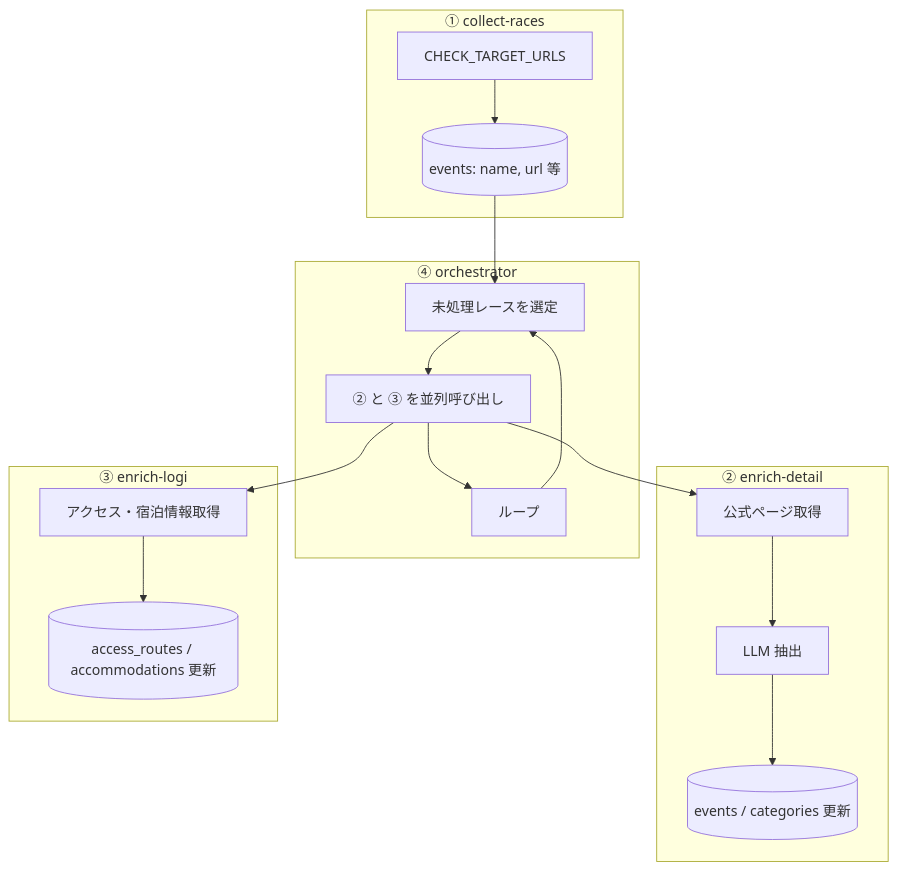
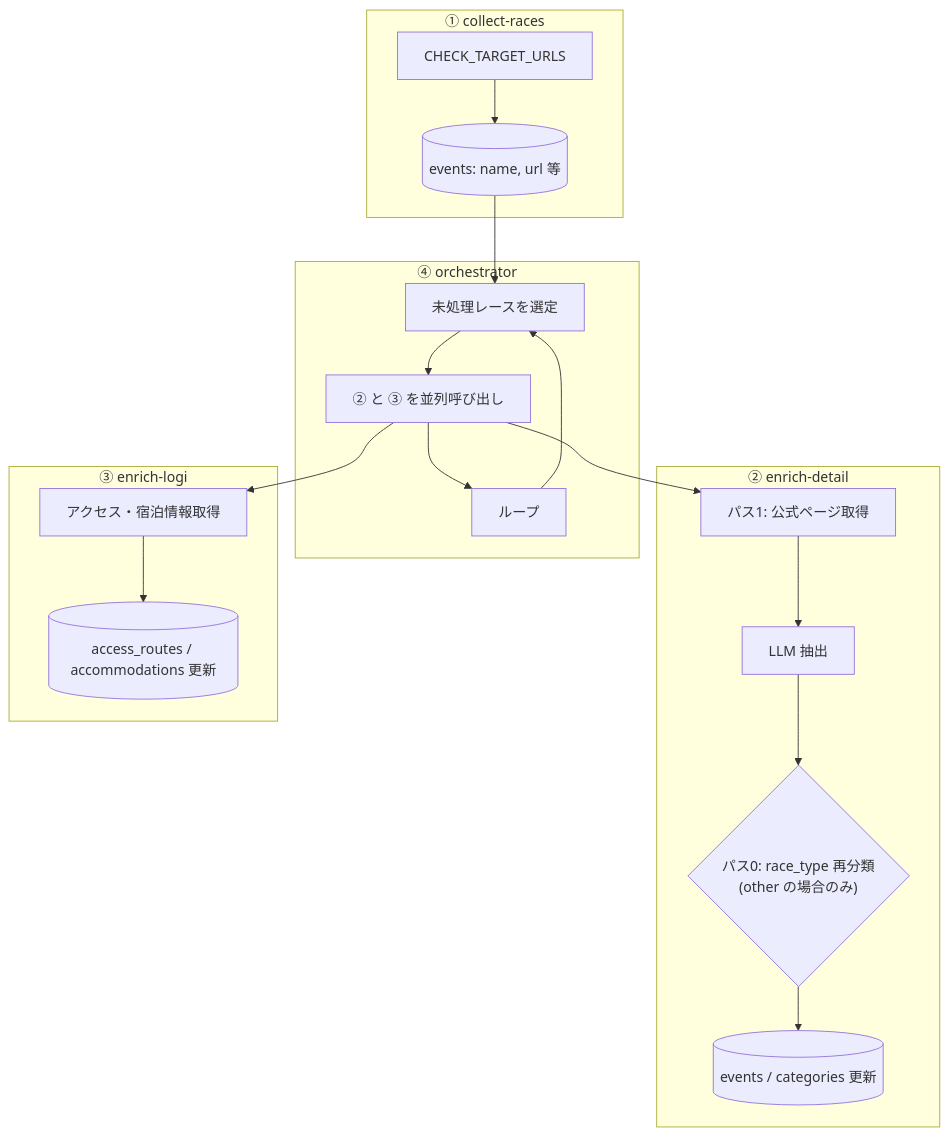
One commit to bokuno-studio/YabaiTravel changed the diagram in docs/SPEC_BACKEND_FLOW.md. Above: the diagram before and after it, drawn with Mermaid. The commit also changed other lines of this file and 5 other files, not shown here.

````diff
--- a/docs/SPEC_BACKEND_FLOW.md
+++ b/docs/SPEC_BACKEND_FLOW.md
@@ -20,25 +21,27 @@
 ```mermaid
 flowchart TB
     subgraph S1["① collect-races"]
         S1_IN[CHECK_TARGET_URLS] --> S1_OUT[(events: name, url 等)]
     end
 
     subgraph S4["④ orchestrator"]
         S4_SELECT[未処理レースを選定] --> S4_DISPATCH[② と ③ を並列呼び出し]
         S4_DISPATCH --> S4_LOOP[ループ]
         S4_LOOP --> S4_SELECT
     end
 
     subgraph S2["② enrich-detail"]
-        S2_FETCH[公式ページ取得] --> S2_LLM[LLM 抽出]
-        S2_LLM --> S2_WRITE[(events / categories 更新)]
+        S2_PASS0{"パス0: race_type 再分類\n(other の場合のみ)"}
+        S2_FETCH[パス1: 公式ページ取得] --> S2_LLM[LLM 抽出]
+        S2_LLM --> S2_PASS0
+        S2_PASS0 --> S2_WRITE[(events / categories 更新)]
     end
 
     subgraph S3["③ enrich-logi"]
         S3_FETCH[アクセス・宿泊情報取得] --> S3_WRITE[(access_routes / accommodations 更新)]
     end
 
     S1_OUT --> S4_SELECT
     S4_DISPATCH --> S2_FETCH
     S4_DISPATCH --> S3_FETCH
 ```
````
